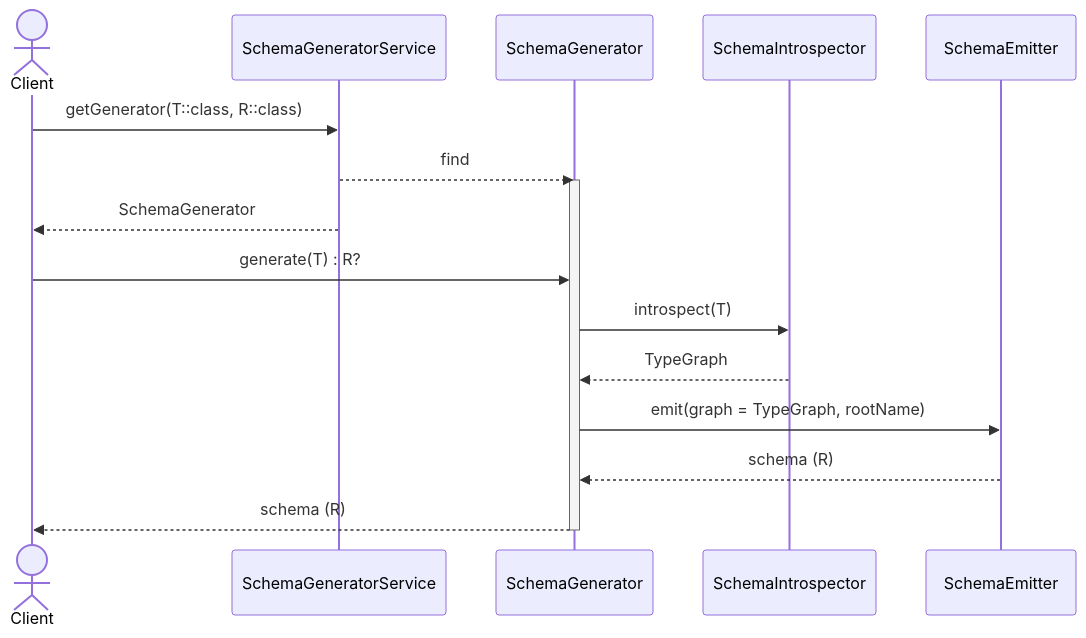
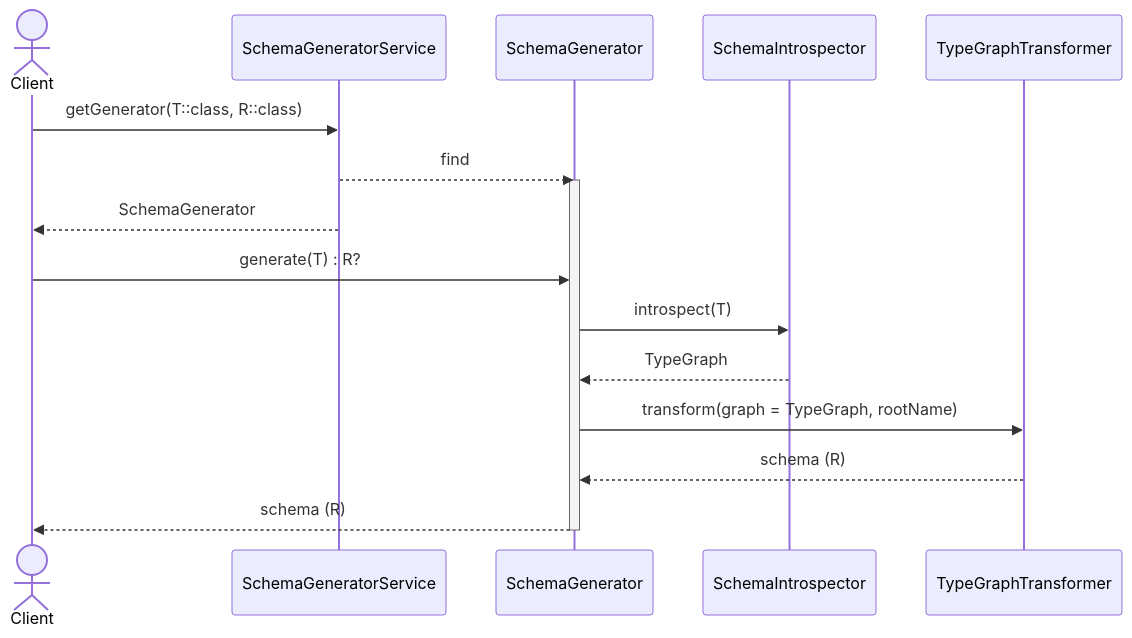
The second of 2 diagrams in README.md (Kotlin/kotlinx-schema), drawn with Mermaid before and after one commit. The commit also changed other lines of this file and 8 other files, not shown here.

First line of the commit message:
Refactor: Rename SchemaEmitter to TypeGraphTransformer (#19)

````diff
--- a/README.md
+++ b/README.md
@@ -608,22 +599,22 @@
 ```mermaid
 sequenceDiagram
     actor C as Client
     participant S as SchemaGeneratorService
     participant G as SchemaGenerator
     participant I as SchemaIntrospector
-    participant E as SchemaEmitter
+    participant T as TypeGraphTransformer
     
     C->>S: getGenerator(T::class, R::class)
     S-->>G: find
     activate G
     S-->>C: SchemaGenerator
     C->>G: generate(T) : R?
 
     G->>I: introspect(T)
     I-->>G: TypeGraph
 
-    G->>E: emit(graph = TypeGraph, rootName)
-    E-->>G: schema (R)
+    G->>T: transform(graph = TypeGraph, rootName)
+    T-->>G: schema (R)
     G-->>C: schema (R)
     deactivate G
 ```
````
